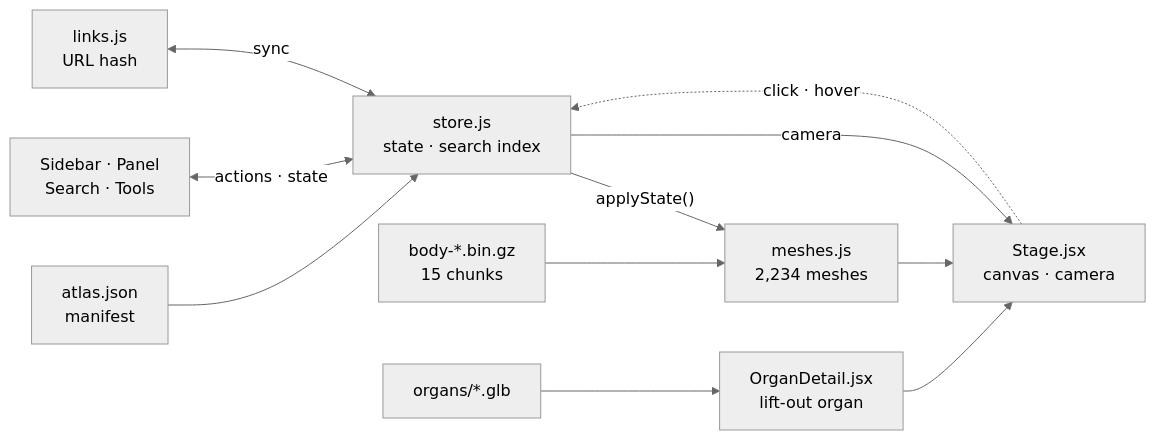
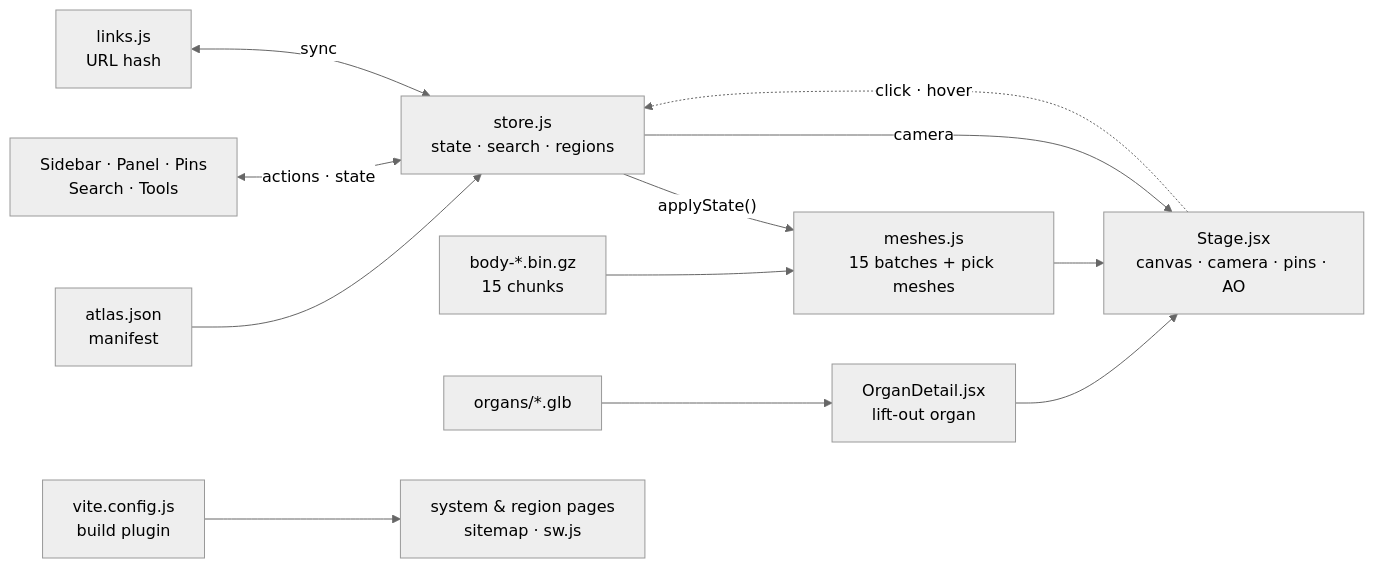
Before and after one commit to ImliStack/Body-Atlas-3D: the diagram in README.md, drawn with Mermaid (neutral theme). The commit also changed other lines of this file and 50 other files, not shown here.

````diff
--- a/README.md
+++ b/README.md
@@ -188,13 +269,14 @@
 ```mermaid
 flowchart LR
-    A["atlas.json<br/>manifest"] --> S["store.js<br/>state · search index"]
-    C["body-*.bin.gz<br/>15 chunks"] --> M["meshes.js<br/>2,234 meshes"]
+    A["atlas.json<br/>manifest"] --> S["store.js<br/>state · search · regions"]
+    C["body-*.bin.gz<br/>15 chunks"] --> M["meshes.js<br/>15 batches + pick meshes"]
     G["organs/*.glb"] --> D["OrganDetail.jsx<br/>lift-out organ"]
     S -->|"applyState()"| M
-    M --> R["Stage.jsx<br/>canvas · camera"]
+    M --> R["Stage.jsx<br/>canvas · camera · pins · AO"]
     D --> R
     S -->|"camera"| R
     R -.->|"click · hover"| S
-    U["Sidebar · Panel<br/>Search · Tools"] <-->|"actions · state"| S
+    U["Sidebar · Panel · Pins<br/>Search · Tools"] <-->|"actions · state"| S
     L["links.js<br/>URL hash"] <-->|"sync"| S
+    B["vite.config.js<br/>build plugin"] --> P["system & region pages<br/>sitemap · sw.js"]
 ```
````
